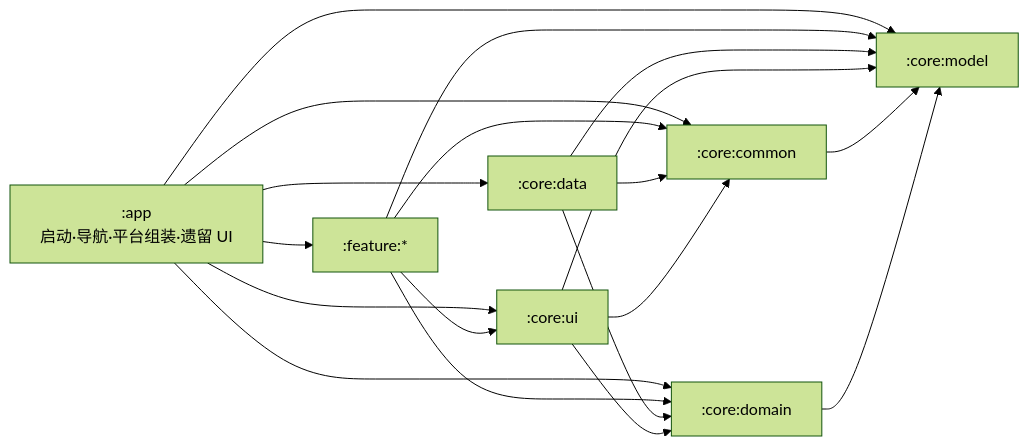
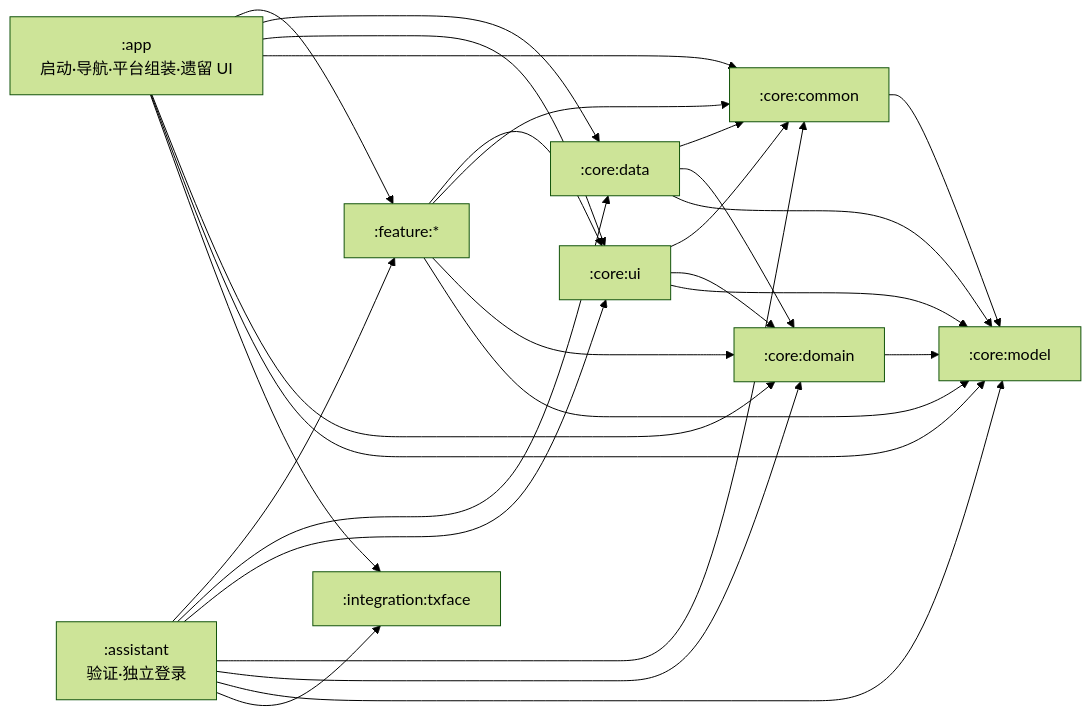
Before and after one commit to wj20101/longcare: the diagram in docs/architecture/system-overview.md, drawn with Mermaid (forest theme). The commit also changed other lines of this file and 235 other files, not shown here.

First line of the commit message:
feat(assistant): separate validation app and verify NFC

````diff
--- a/docs/architecture/system-overview.md
+++ b/docs/architecture/system-overview.md
@@ -16,22 +18,30 @@
 ```mermaid
 flowchart LR
     APP[":app<br/>启动·导航·平台组装·遗留 UI"] --> FEATURES[":feature:*"]
     APP --> DATA[":core:data"]
     APP --> UI[":core:ui"]
     APP --> COMMON[":core:common"]
     APP --> DOMAIN[":core:domain"]
     APP --> MODEL[":core:model"]
+    APP --> TX[":integration:txface"]
+    ASSISTANT[":assistant<br/>验证·独立登录"] --> FEATURES
+    ASSISTANT --> DATA
+    ASSISTANT --> UI
+    ASSISTANT --> COMMON
+    ASSISTANT --> DOMAIN
+    ASSISTANT --> MODEL
+    ASSISTANT --> TX
 
     FEATURES --> UI
     FEATURES --> COMMON
     FEATURES --> DOMAIN
     FEATURES --> MODEL
     DATA --> COMMON
     DATA --> DOMAIN
     DATA --> MODEL
     UI --> COMMON
     UI --> DOMAIN
     UI --> MODEL
     COMMON --> MODEL
     DOMAIN --> MODEL
 ```
````
